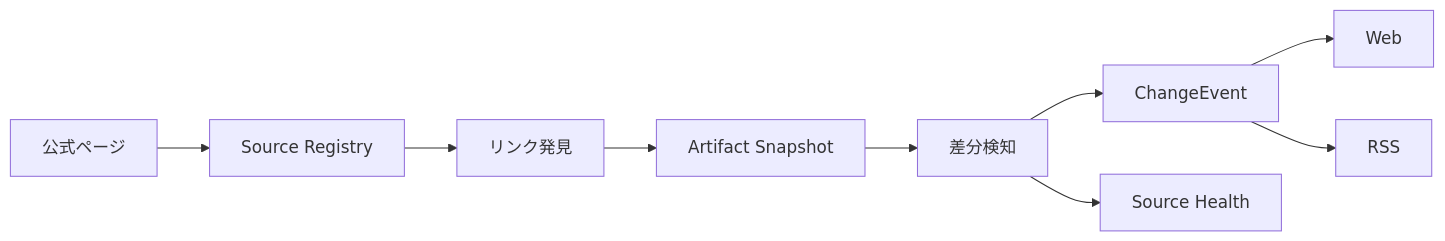
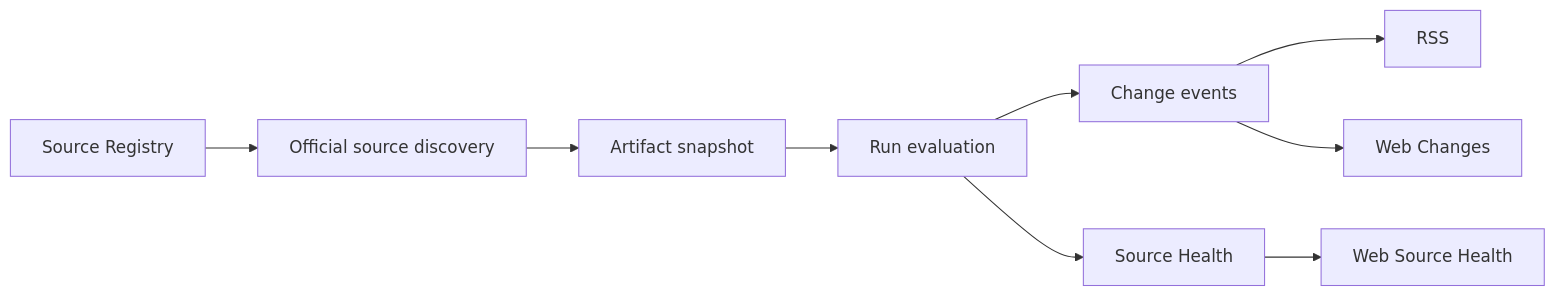
The first of 2 diagrams in docs/information-scope.md (ryugen04/chitan-watch), drawn with Mermaid before and after one commit. The commit also changed other lines of this file and 11 other files, not shown here.

Commit message:
Re-scope official source monitoring

````diff
--- a/docs/information-scope.md
+++ b/docs/information-scope.md
@@ -149,11 +85,11 @@
 ```mermaid
 flowchart LR
-  A[公式ページ] --> B[Source Registry]
-  B --> C[リンク発見]
-  C --> D[Artifact Snapshot]
-  D --> E[差分検知]
-  E --> F[ChangeEvent]
-  F --> G[Web]
-  F --> H[RSS]
-  E --> I[Source Health]
+  A[Source Registry] --> B[Official source discovery]
+  B --> C[Artifact snapshot]
+  C --> D[Run evaluation]
+  D --> E[Change events]
+  D --> F[Source Health]
+  E --> G[RSS]
+  E --> H[Web Changes]
+  F --> I[Web Source Health]
 ```
````
